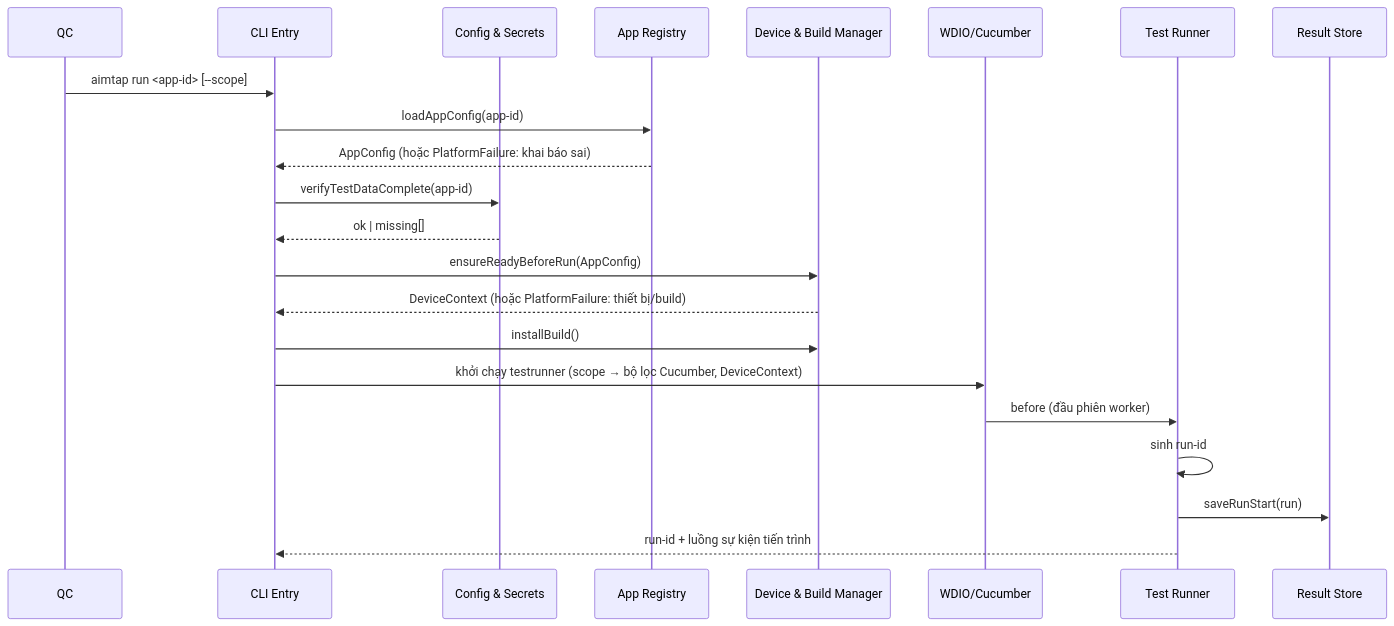
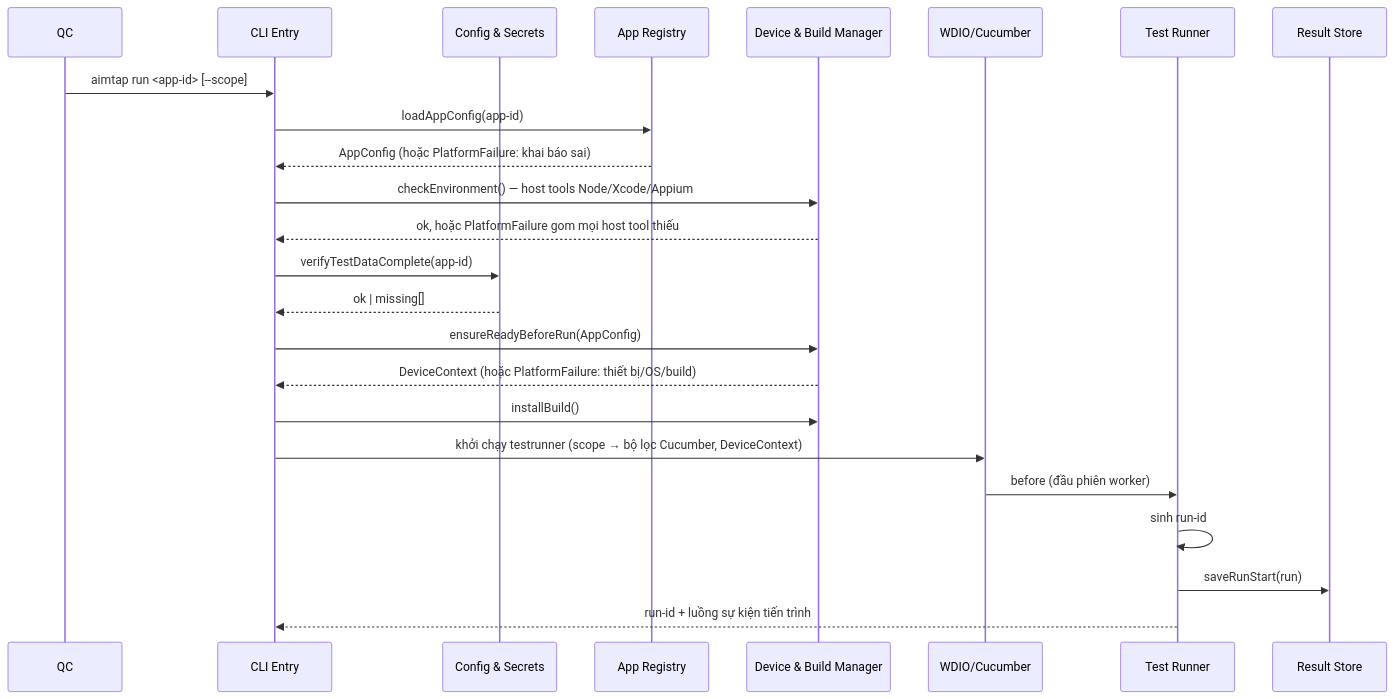
One commit to kytruongdev/aimtap changed the first of 4 diagrams in docs/architecture/phase-1/sequence-diagrams.md. Above: the diagram before and after it, drawn with Mermaid. The commit also changed other lines of this file and 4 other files, not shown here.

````diff
--- a/docs/architecture/phase-1/sequence-diagrams.md
+++ b/docs/architecture/phase-1/sequence-diagrams.md
@@ -9,25 +9,27 @@
 ```mermaid
 sequenceDiagram
     participant QC
     participant CLI as CLI Entry
     participant Cfg as Config & Secrets
     participant Reg as App Registry
     participant Dev as Device & Build Manager
     participant WDIO as WDIO/Cucumber
     participant Runner as Test Runner
     participant Store as Result Store
 
     QC->>CLI: aimtap run <app-id> [--scope]
     CLI->>Reg: loadAppConfig(app-id)
     Reg-->>CLI: AppConfig (hoặc PlatformFailure: khai báo sai)
+    CLI->>Dev: checkEnvironment() — host tools Node/Xcode/Appium
+    Dev-->>CLI: ok, hoặc PlatformFailure gom mọi host tool thiếu
     CLI->>Cfg: verifyTestDataComplete(app-id)
     Cfg-->>CLI: ok | missing[]
     CLI->>Dev: ensureReadyBeforeRun(AppConfig)
-    Dev-->>CLI: DeviceContext (hoặc PlatformFailure: thiết bị/build)
+    Dev-->>CLI: DeviceContext (hoặc PlatformFailure: thiết bị/OS/build)
     CLI->>Dev: installBuild()
     CLI->>WDIO: khởi chạy testrunner (scope → bộ lọc Cucumber, DeviceContext)
     WDIO->>Runner: before (đầu phiên worker)
     Runner->>Runner: sinh run-id
     Runner->>Store: saveRunStart(run)
     Runner-->>CLI: run-id + luồng sự kiện tiến trình
 ```
````
